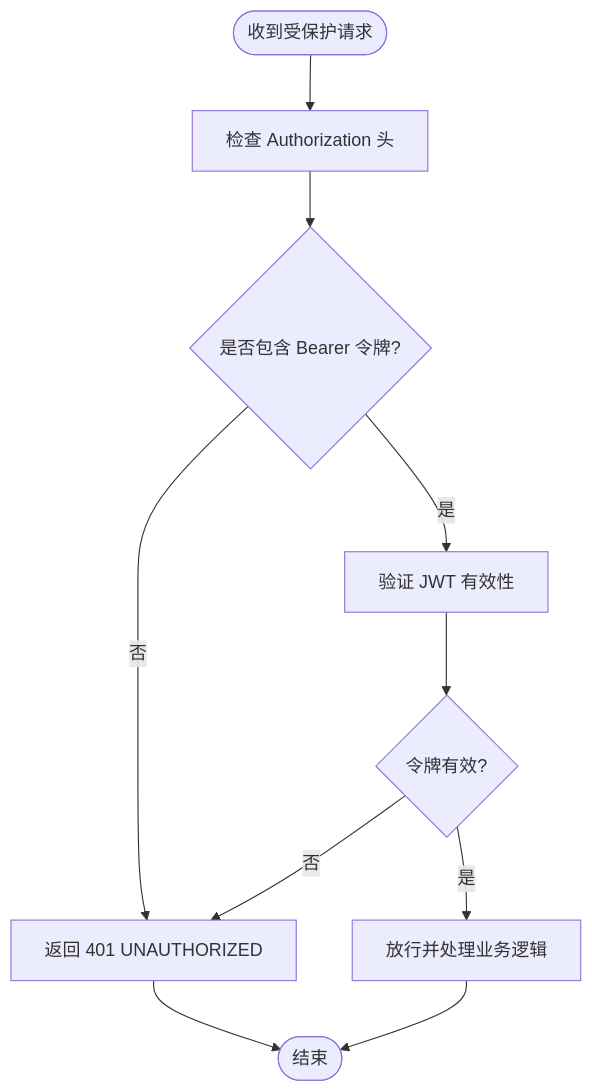
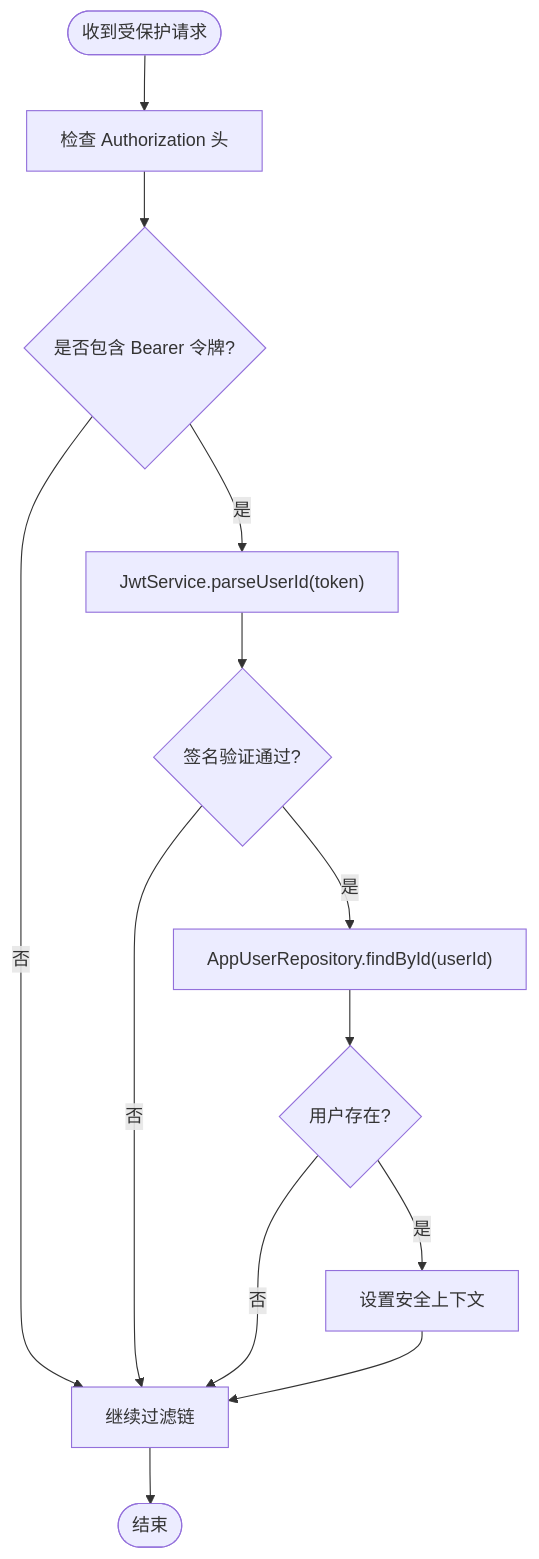
One commit to Jayden23018/blind-run-ios changed the fourth of 6 diagrams in .qoder/repowiki/zh/content/API 接口文档/认证接口.md. Above: the diagram before and after it, drawn with Mermaid. The commit also changed other lines of this file and 22 other files, not shown here.

````diff
--- a/.qoder/repowiki/zh/content/API 接口文档/认证接口.md
+++ b/.qoder/repowiki/zh/content/API 接口文档/认证接口.md
@@ -173,12 +254,15 @@
 ```mermaid
 flowchart TD
 Start(["收到受保护请求"]) --> CheckAuth["检查 Authorization 头"]
 CheckAuth --> HasToken{"是否包含 Bearer 令牌?"}
-HasToken --> |否| Reject["返回 401 UNAUTHORIZED"]
-HasToken --> |是| Verify["验证 JWT 有效性"]
-Verify --> Valid{"令牌有效?"}
-Valid --> |否| Reject
-Valid --> |是| Allow["放行并处理业务逻辑"]
-Reject --> End(["结束"])
-Allow --> End
+HasToken --> |否| Continue["继续过滤链"]
+HasToken --> |是| ParseToken["JwtService.parseUserId(token)"]
+ParseToken --> ValidSig{"签名验证通过?"}
+ValidSig --> |否| Continue
+ValidSig --> |是| LoadUser["AppUserRepository.findById(userId)"]
+LoadUser --> UserExists{"用户存在?"}
+UserExists --> |否| Continue
+UserExists --> |是| SetAuth["设置安全上下文"]
+SetAuth --> Continue
+Continue --> End(["结束"])
 ```
````
